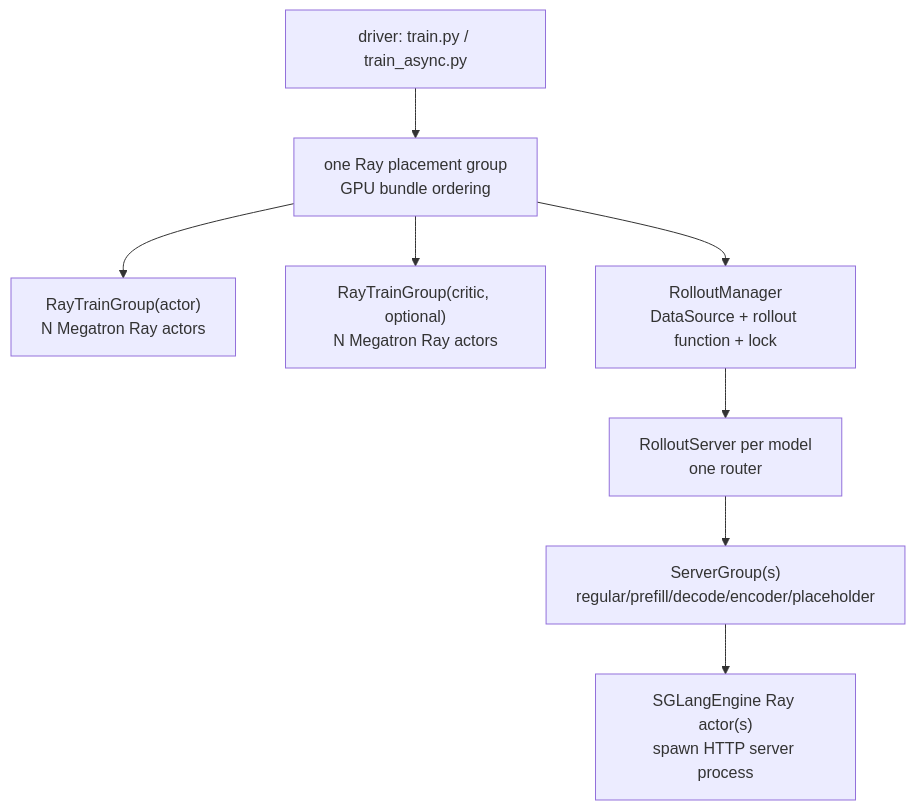
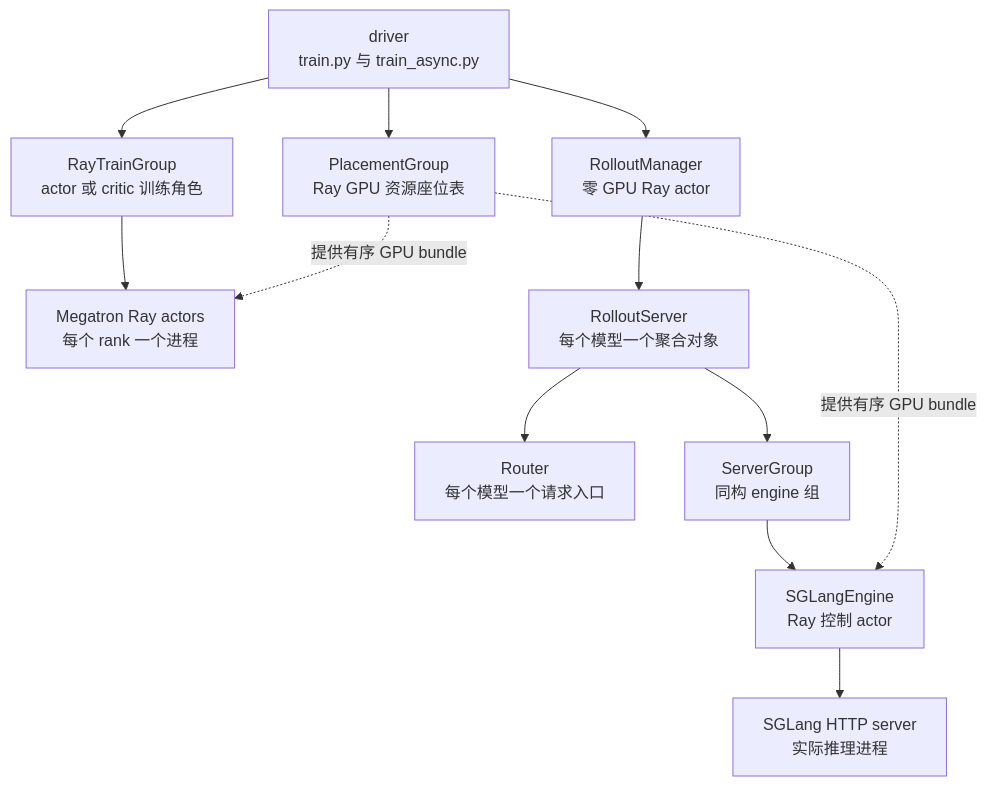
Before and after one commit to suhaibo666/llm-knowledge: the diagram in wiki/02_engineering/04_posttrain_frameworks/slime/11_slime_ray_control_plane_analysis.md, drawn with Mermaid. The commit also changed other lines of this file, not shown here.

Commit message:
docs: clarify slime Ray control object hierarchy

````diff
--- a/wiki/02_engineering/04_posttrain_frameworks/slime/11_slime_ray_control_plane_analysis.md
+++ b/wiki/02_engineering/04_posttrain_frameworks/slime/11_slime_ray_control_plane_analysis.md
@@ -9,16 +11,20 @@
 ```mermaid
 flowchart TB
-    D["driver: train.py / train_async.py"]
-    PG["one Ray placement group<br/>GPU bundle ordering"]
-    AT["RayTrainGroup(actor)<br/>N Megatron Ray actors"]
-    CT["RayTrainGroup(critic, optional)<br/>N Megatron Ray actors"]
-    RM["RolloutManager<br/>DataSource + rollout function + lock"]
-    RS["RolloutServer per model<br/>one router"]
-    SG["ServerGroup(s)<br/>regular/prefill/decode/encoder/placeholder"]
-    EN["SGLangEngine Ray actor(s)<br/>spawn HTTP server process"]
+    D["driver<br/>train.py 与 train_async.py"]
+    PG["PlacementGroup<br/>Ray GPU 资源座位表"]
+    TG["RayTrainGroup<br/>actor 或 critic 训练角色"]
+    TA["Megatron Ray actors<br/>每个 rank 一个进程"]
+    RM["RolloutManager<br/>零 GPU Ray actor"]
+    RS["RolloutServer<br/>每个模型一个聚合对象"]
+    RT["Router<br/>每个模型一个请求入口"]
+    SG["ServerGroup<br/>同构 engine 组"]
+    EN["SGLangEngine<br/>Ray 控制 actor"]
+    SP["SGLang HTTP server<br/>实际推理进程"]
     D --> PG
-    PG --> AT
-    PG --> CT
-    PG --> RM
-    RM --> RS --> SG --> EN
+    D --> TG --> TA
+    D --> RM --> RS
+    RS --> RT
+    RS --> SG --> EN --> SP
+    PG -.->|提供有序 GPU bundle| TA
+    PG -.->|提供有序 GPU bundle| EN
 ```
````
